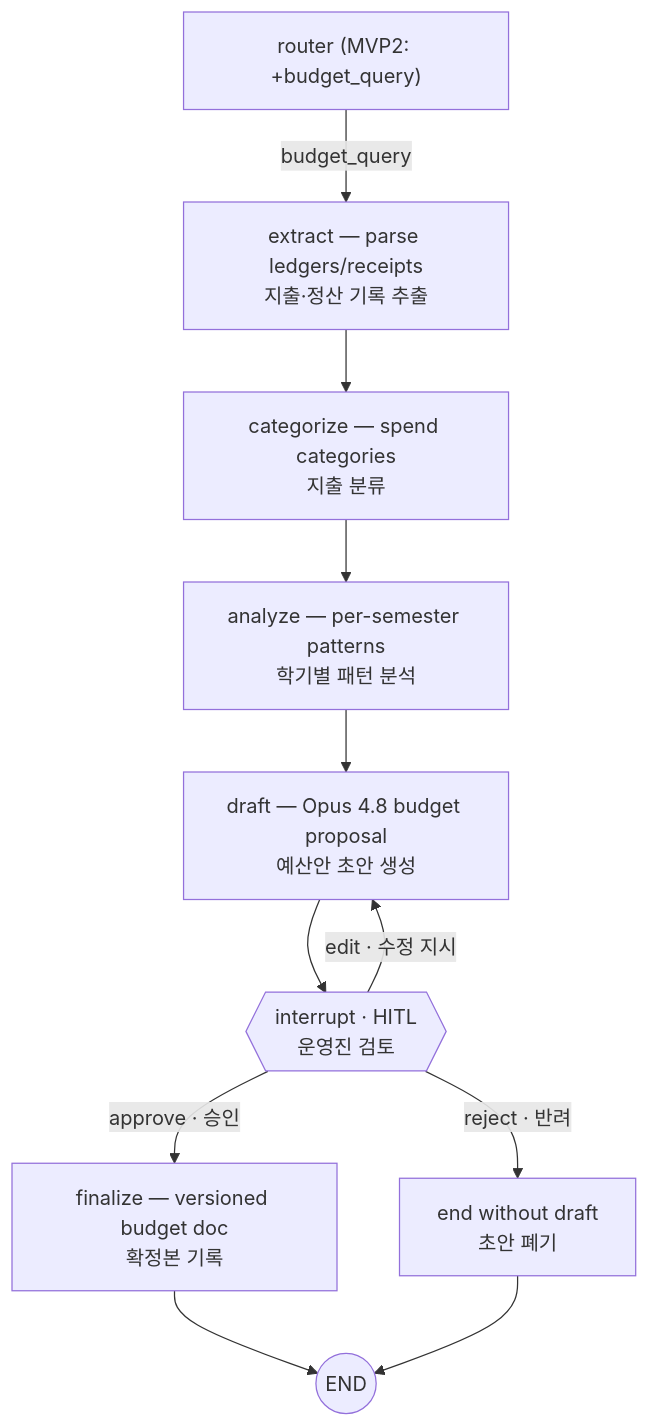
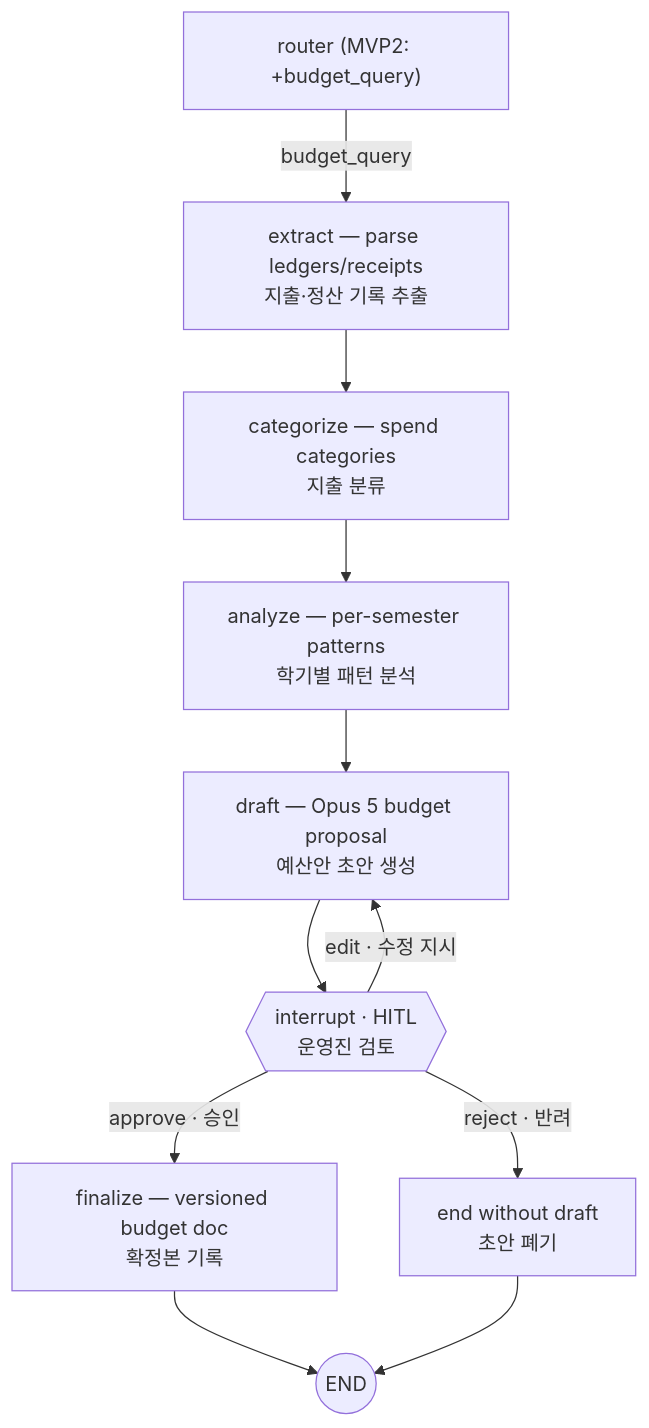
The fifth of 5 diagrams in README.md (jockey2734/Dajung), drawn with Mermaid before and after one commit. The commit also changed 4 other files, not shown here.

First line of the commit message:
chore: move budget model to Opus 5 and document FX key

````diff
--- a/README.md
+++ b/README.md
@@ -122,13 +122,13 @@
 ```mermaid
 flowchart TD
     R["router (MVP2: +budget_query)"] -->|budget_query| BX["extract — parse ledgers/receipts<br/>지출·정산 기록 추출"]
     BX --> BC["categorize — spend categories<br/>지출 분류"]
     BC --> BA["analyze — per-semester patterns<br/>학기별 패턴 분석"]
-    BA --> BD["draft — Opus 4.8 budget proposal<br/>예산안 초안 생성"]
+    BA --> BD["draft — Opus 5 budget proposal<br/>예산안 초안 생성"]
     BD --> HI{{"interrupt · HITL<br/>운영진 검토"}}
     HI -->|"approve · 승인"| BF["finalize — versioned budget doc<br/>확정본 기록"]
     HI -->|"edit · 수정 지시"| BD
     HI -->|"reject · 반려"| BE["end without draft<br/>초안 폐기"]
     BF --> E2((END))
     BE --> E2
 ```
````
